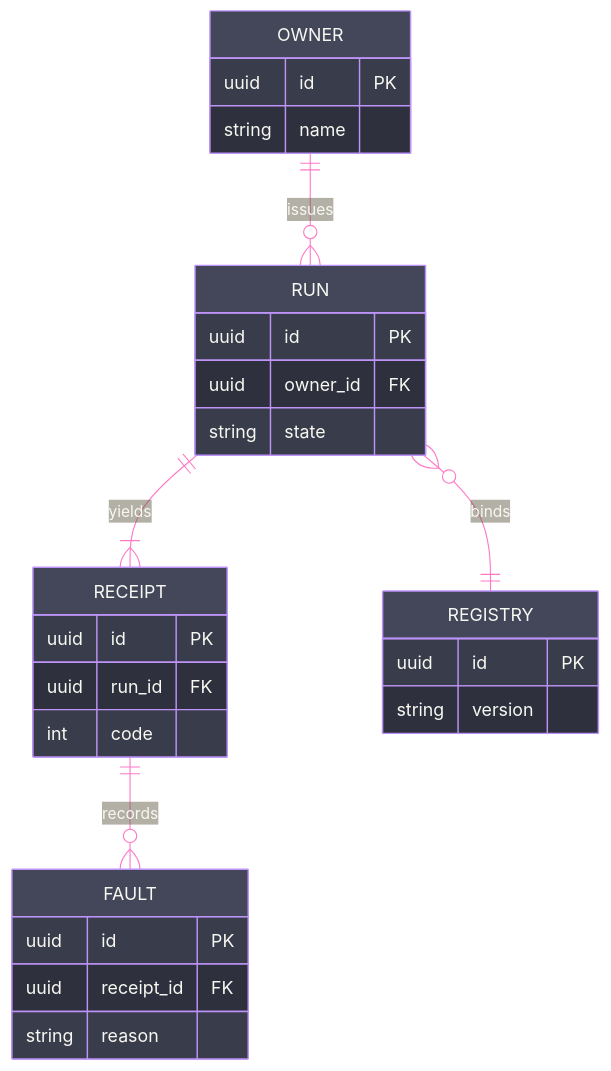
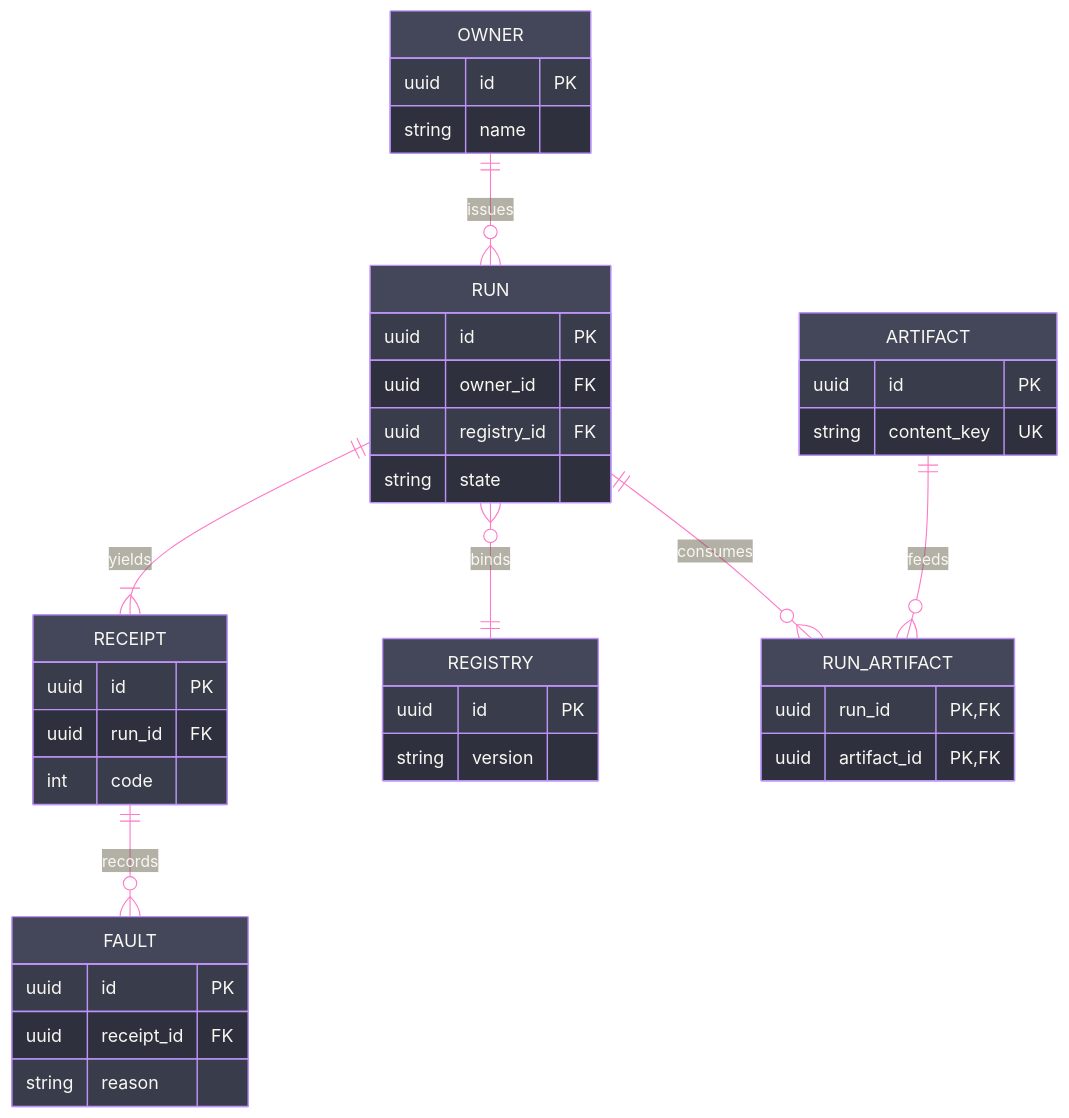
The diagram in .claude/skills/mermaid-diagramming/templates/schema.mmd.md (bsamiee/Rasm), drawn with Mermaid before and after one commit. The commit also changed other lines of this file and 38 other files, not shown here.

````diff
--- a/.claude/skills/mermaid-diagramming/templates/schema.mmd.md
+++ b/.claude/skills/mermaid-diagramming/templates/schema.mmd.md
@@ -5,48 +5,59 @@
 ```mermaid
 ---
 config:
   theme: base
   themeVariables:
     darkMode: true
     background: "#282A36"
     primaryColor: "#44475A"
     primaryTextColor: "#F8F8F2"
     primaryBorderColor: "#BD93F9"
     lineColor: "#FF79C6"
     textColor: "#F8F8F2"
     nodeBorder: "#BD93F9"
     edgeLabelBackground: "#282A36"
     attributeBackgroundColorOdd: "#282A36"
     attributeBackgroundColorEven: "#21222C"
 ---
 erDiagram
     accTitle: Persistent entity schema
-    accDescr: Typed entities linked by primary and foreign keys, each relation carrying a crow's-foot cardinality.
+    accDescr: Typed entities around one aggregate root, every relationship backed by its foreign key and a junction entity resolving the many-to-many.
     OWNER ||--o{ RUN : issues
     RUN ||--|{ RECEIPT : yields
     RUN }o--|| REGISTRY : binds
     RECEIPT ||--o{ FAULT : records
+    RUN ||--o{ RUN_ARTIFACT : consumes
+    ARTIFACT ||--o{ RUN_ARTIFACT : feeds
     OWNER {
         uuid id PK
         string name
     }
     RUN {
         uuid id PK
         uuid owner_id FK
+        uuid registry_id FK
         string state
     }
     RECEIPT {
         uuid id PK
         uuid run_id FK
         int code
     }
     REGISTRY {
         uuid id PK
         string version
     }
     FAULT {
         uuid id PK
         uuid receipt_id FK
         string reason
     }
+    ARTIFACT {
+        uuid id PK
+        string content_key UK
+    }
+    RUN_ARTIFACT {
+        uuid run_id PK, FK
+        uuid artifact_id PK, FK
+    }
 ```
````
